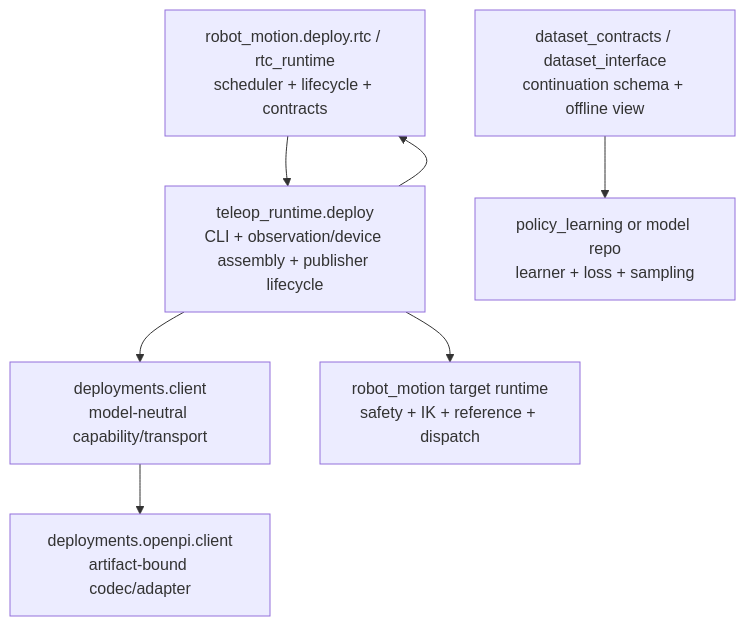
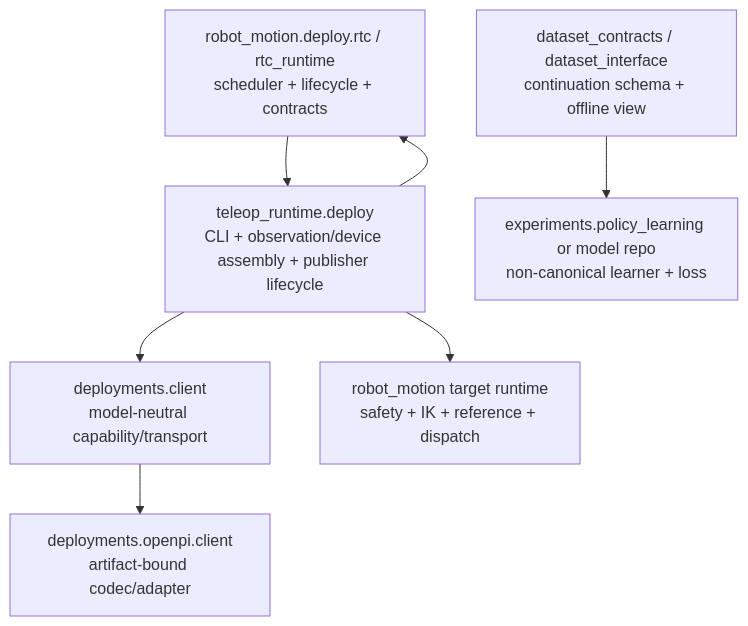
One commit to xiaopangxiexyg/AgenticRobot changed the third of 8 diagrams in docs/architecture/dexteleop_rtc_visual_guide.md. Above: the diagram before and after it, drawn with Mermaid. The commit also changed 34 other files, not shown here.

Commit message:
refactor(experiments): establish policy learning boundary

````diff
--- a/docs/architecture/dexteleop_rtc_visual_guide.md
+++ b/docs/architecture/dexteleop_rtc_visual_guide.md
@@ -89,17 +89,17 @@
 ```mermaid
 flowchart TD
     A["robot_motion.deploy.rtc / rtc_runtime<br/>scheduler + lifecycle + contracts"]
     B["teleop_runtime.deploy<br/>CLI + observation/device assembly + publisher lifecycle"]
     C["deployments.client<br/>model-neutral capability/transport"]
     D["deployments.openpi.client<br/>artifact-bound codec/adapter"]
     E["dataset_contracts / dataset_interface<br/>continuation schema + offline view"]
-    F["policy_learning or model repo<br/>learner + loss + sampling"]
+    F["experiments.policy_learning or model repo<br/>non-canonical learner + loss"]
     G["robot_motion target runtime<br/>safety + IK + reference + dispatch"]
 
     B --> A
     B --> C
     C --> D
     E --> F
     A --> B
     B --> G
 ```
````
